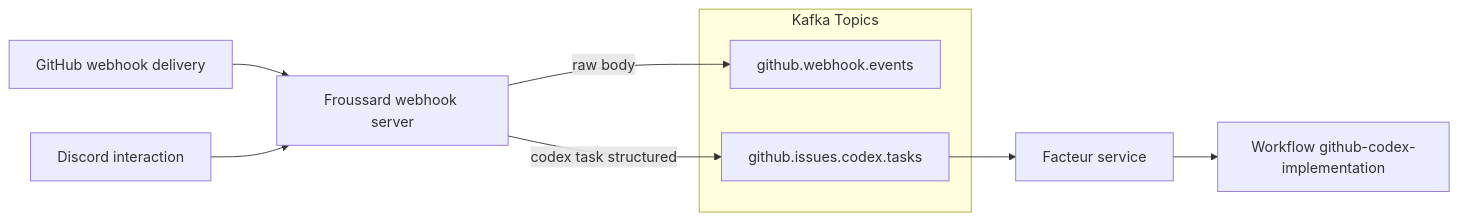
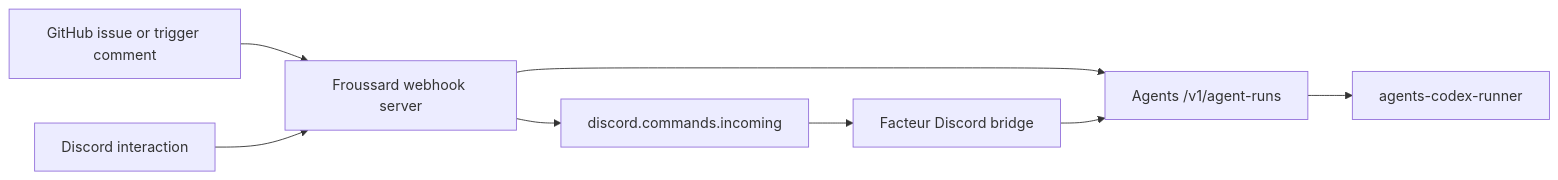
The diagram in docs/codex-workflow.md (proompteng/lab), drawn with Mermaid before and after one commit. The commit also changed other lines of this file and 60 other files, not shown here.

Commit message:
refactor(agents): cut legacy Froussard Facteur bridge

````diff
--- a/docs/codex-workflow.md
+++ b/docs/codex-workflow.md
@@ -12,13 +11,10 @@
 ```mermaid
 flowchart LR
-  GH[GitHub webhook delivery] --> Froussard[Froussard webhook server]
+  GH[GitHub issue or trigger comment] --> Froussard[Froussard webhook server]
+  Froussard --> Agents[Agents /v1/agent-runs]
+  Agents --> Runner[agents-codex-runner]
   Discord[Discord interaction] --> Froussard
-  subgraph Kafka[Kafka Topics]
-    Raw[github.webhook.events]
-    Structured[github.issues.codex.tasks]
-  end
-  Froussard -->|raw body| Raw
-  Froussard -->|codex task structured| Structured
-  Structured --> Facteur[Facteur service]
-  Facteur --> Implementation["Workflow github-codex-implementation"]
+  Froussard --> Kafka[discord.commands.incoming]
+  Kafka --> Facteur[Facteur Discord bridge]
+  Facteur --> Agents
 ```
````
